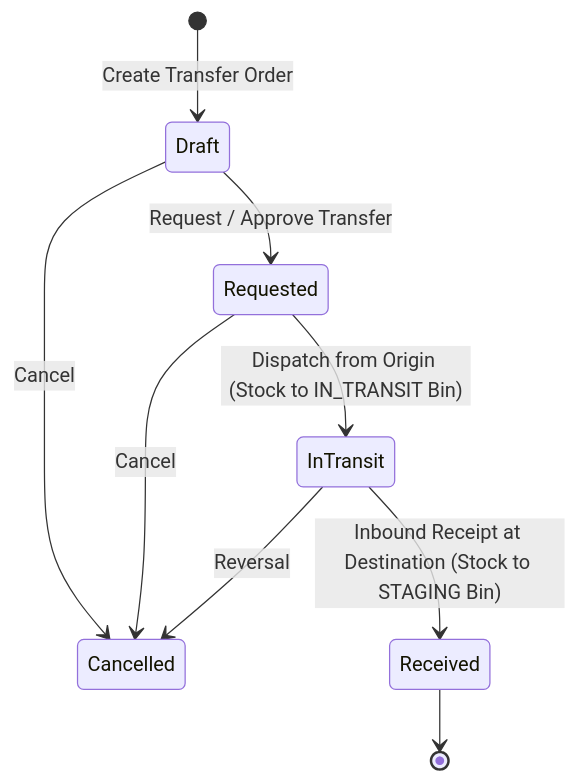
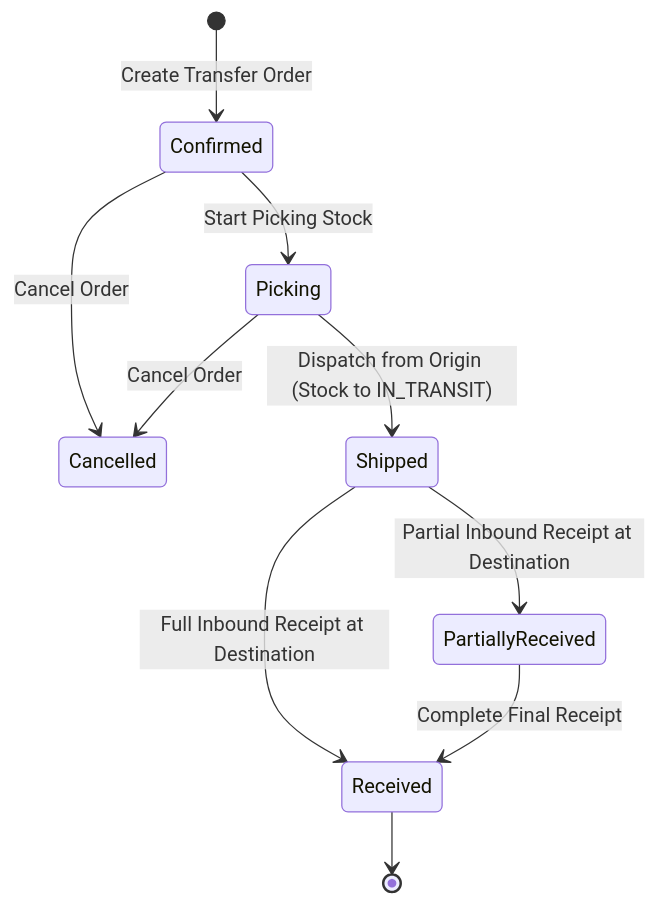
Before and after one commit to herobmdotcom/herobm: the diagram in docs/user/transfers_quarantine.md, drawn with Mermaid. The commit also changed other lines of this file and 20 other files, not shown here.

````diff
--- a/docs/user/transfers_quarantine.md
+++ b/docs/user/transfers_quarantine.md
@@ -46,14 +46,12 @@
 ```mermaid
 stateDiagram-v2
-    [*] --> Draft : Create Transfer Order
-    Draft --> Requested : Request / Approve Transfer
-    Draft --> Cancelled : Cancel
-
-    Requested --> InTransit : Dispatch from Origin (Stock to IN_TRANSIT Bin)
-    Requested --> Cancelled : Cancel
-
-    InTransit --> Received : Inbound Receipt at Destination (Stock to STAGING Bin)
-    InTransit --> Cancelled : Reversal
-
+    [*] --> Confirmed : Create Transfer Order
+    Confirmed --> Picking : Start Picking Stock
+    Confirmed --> Cancelled : Cancel Order
+    Picking --> Shipped : Dispatch from Origin (Stock to IN_TRANSIT)
+    Picking --> Cancelled : Cancel Order
+    Shipped --> PartiallyReceived : Partial Inbound Receipt at Destination
+    Shipped --> Received : Full Inbound Receipt at Destination
+    PartiallyReceived --> Received : Complete Final Receipt
     Received --> [*]
 ```
````
